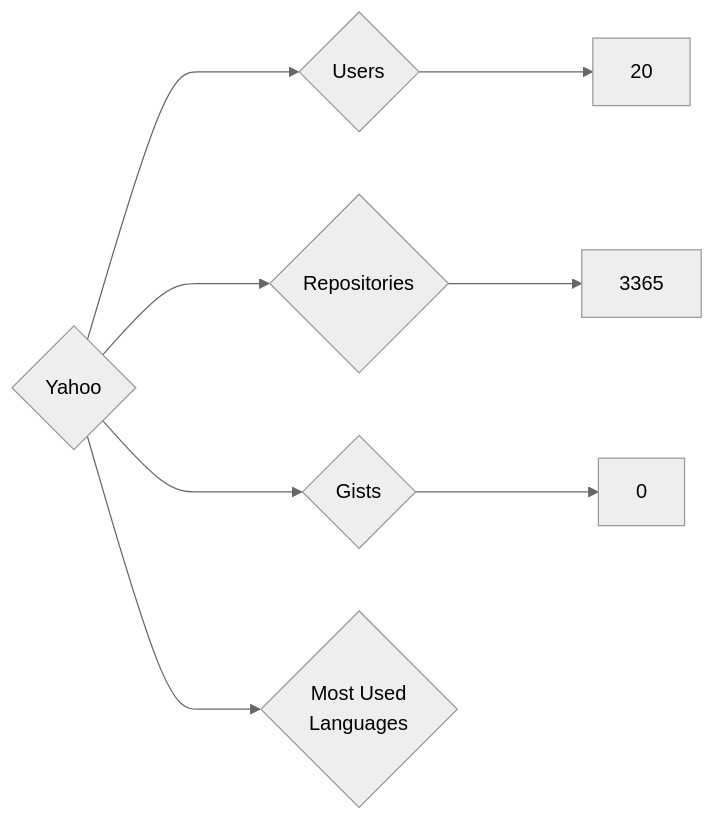
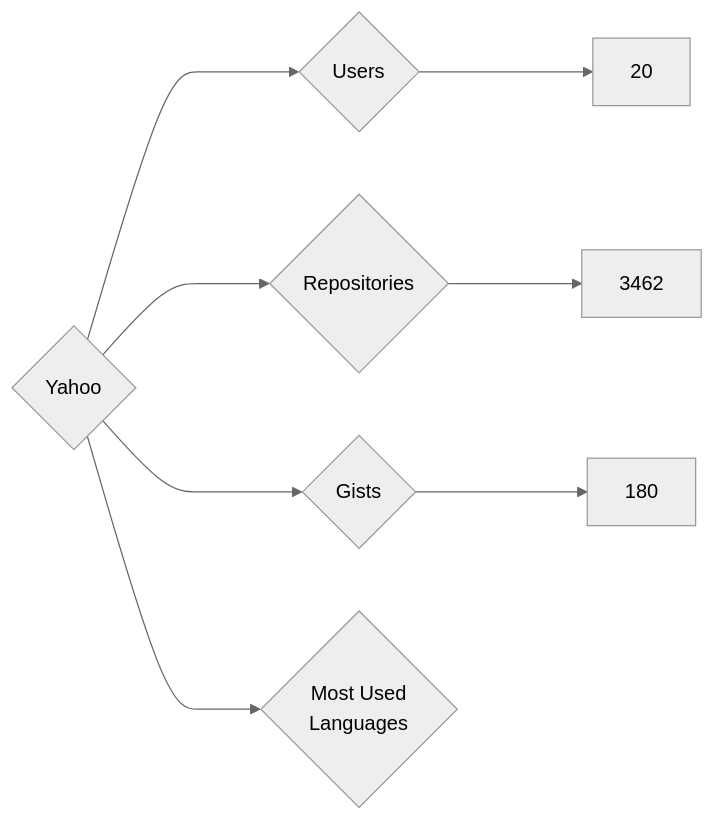
The diagram in targets/Yahoo/README.md (nenadzaric/insiders), drawn with Mermaid (neutral theme) before and after one commit. The commit also changed 1342 other files, not shown here.

````diff
--- a/targets/Yahoo/README.md
+++ b/targets/Yahoo/README.md
@@ -3,8 +3,8 @@
 ```mermaid
 graph LR
 COMPANY_NAME{Yahoo}
 COMPANY_NAME ---> U{Users} ---> UN[20]
-COMPANY_NAME ---> R{Repositories} ---> RN[3365]
-COMPANY_NAME ---> G{Gists} ---> GN[0]
+COMPANY_NAME ---> R{Repositories} ---> RN[3462]
+COMPANY_NAME ---> G{Gists} ---> GN[180]
 COMPANY_NAME ---> ML{Most Used<br>Languages}
 ```
````
